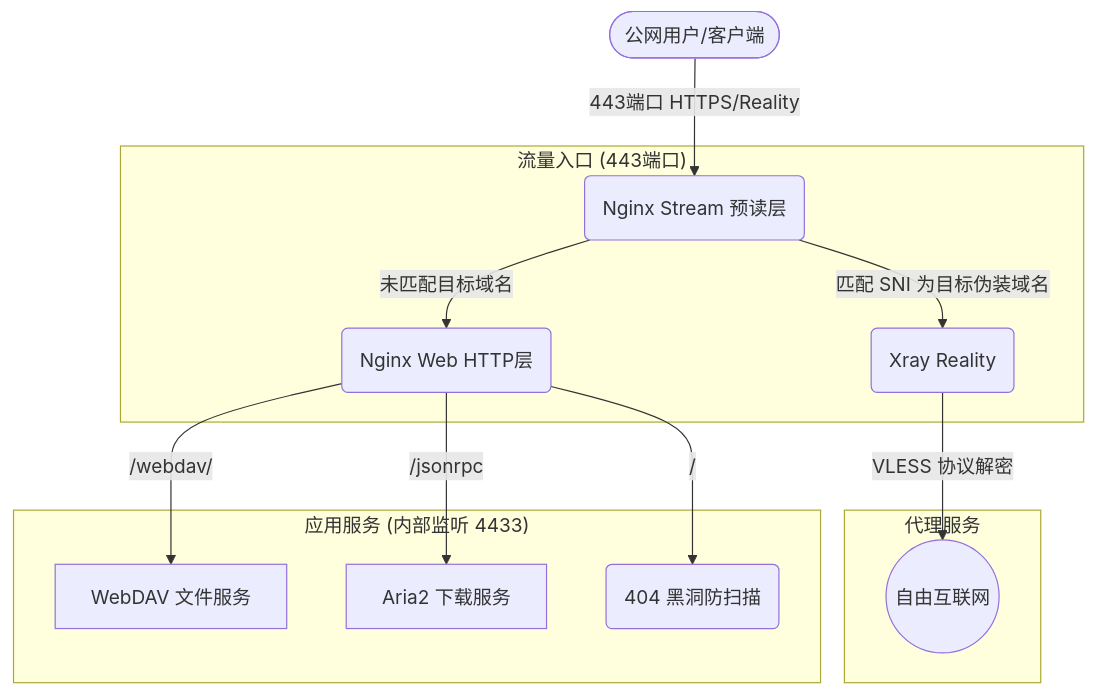
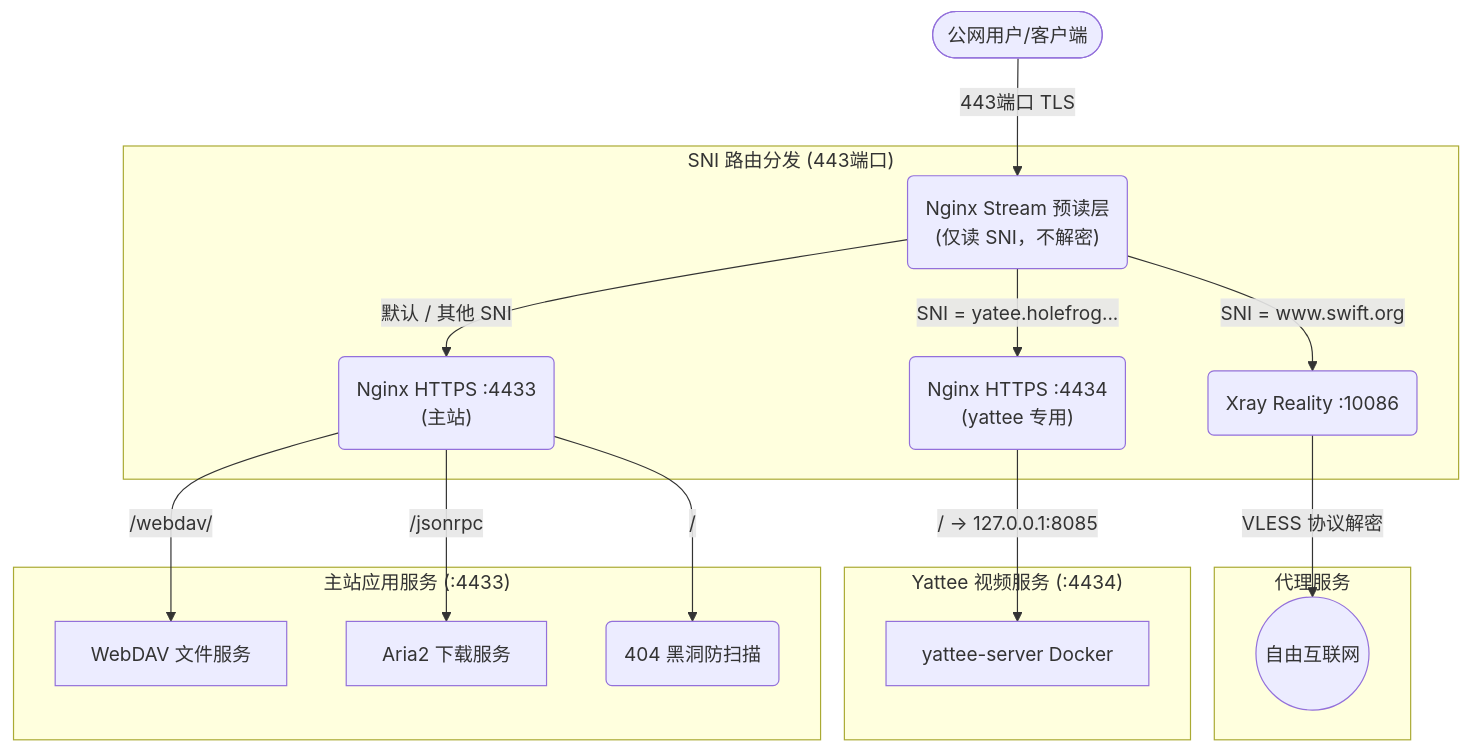
Before and after one commit to holefrog/Ansible_RackNerd: the diagram in README.md, drawn with Mermaid. The commit also changed other lines of this file and 1 other file, not shown here.

Commit message:
chore: remove youtube_firefox.py tool and update README accordingly

````diff
--- a/README.md
+++ b/README.md
@@ -13,19 +21,24 @@
 ```mermaid
 graph TD
-    User(["公网用户/客户端"]) -->|"443端口 HTTPS/Reality"| Nginx_Stream("Nginx Stream 预读层")
+    User(["公网用户/客户端"]) -->|"443端口 TLS"| Nginx_Stream("Nginx Stream 预读层<br/>(仅读 SNI，不解密)")
     
-    subgraph traffic_in ["流量入口 (443端口)"]
-        Nginx_Stream -->|"匹配 SNI 为目标伪装域名"| Xray("Xray Reality")
-        Nginx_Stream -->|"未匹配目标域名"| Nginx_Web("Nginx Web HTTP层")
+    subgraph sni_router ["SNI 路由分发 (443端口)"]
+        Nginx_Stream -->|"SNI = www.swift.org"| Xray("Xray Reality :10086")
+        Nginx_Stream -->|"SNI = yatee.holefrog..."| Yattee_Nginx("Nginx HTTPS :4434<br/>(yattee 专用)")
+        Nginx_Stream -->|"默认 / 其他 SNI"| Main_Nginx("Nginx HTTPS :4433<br/>(主站)")
     end
     
     subgraph proxy_service ["代理服务"]
         Xray -->|"VLESS 协议解密"| Target_Internet(("自由互联网"))
     end
     
-    subgraph app_service ["应用服务 (内部监听 4433)"]
-        Nginx_Web -->|"/webdav/"| WebDAV["WebDAV 文件服务"]
-        Nginx_Web -->|"/jsonrpc"| Aria2["Aria2 下载服务"]
-        Nginx_Web -->|"/"| Fallback("404 黑洞防扫描")
+    subgraph yattee_service ["Yattee 视频服务 (:4434)"]
+        Yattee_Nginx -->|"/ → 127.0.0.1:8085"| Yattee_Docker["yattee-server Docker"]
+    end
+
+    subgraph app_service ["主站应用服务 (:4433)"]
+        Main_Nginx -->|"/webdav/"| WebDAV["WebDAV 文件服务"]
+        Main_Nginx -->|"/jsonrpc"| Aria2["Aria2 下载服务"]
+        Main_Nginx -->|"/"| Fallback("404 黑洞防扫描")
     end
 ```
````
